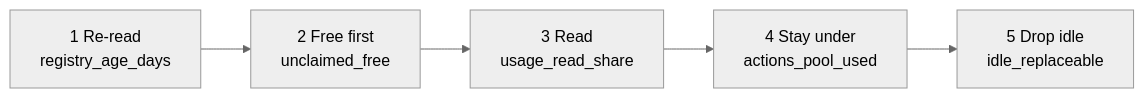
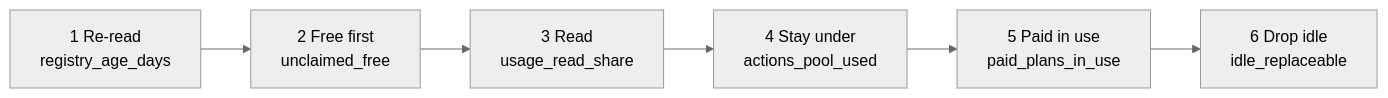
The diagram in templates/process/README.md (SoulCraft-Org/compute-crafter), drawn with Mermaid (neutral theme) before and after one commit. The commit also changed other lines of this file and 12 other files, not shown here.

````diff
--- a/templates/process/README.md
+++ b/templates/process/README.md
@@ -12,7 +12,8 @@
 ```mermaid
 flowchart LR
   F["1 Re-read<br/>registry_age_days"] --> R["2 Free first<br/>unclaimed_free"]
   R --> U["3 Read<br/>usage_read_share"]
   U --> P["4 Stay under<br/>actions_pool_used"]
-  P --> I["5 Drop idle<br/>idle_replaceable"]
+  P --> A["5 Paid in use<br/>paid_plans_in_use"]
+  A --> I["6 Drop idle<br/>idle_replaceable"]
 ```
````
